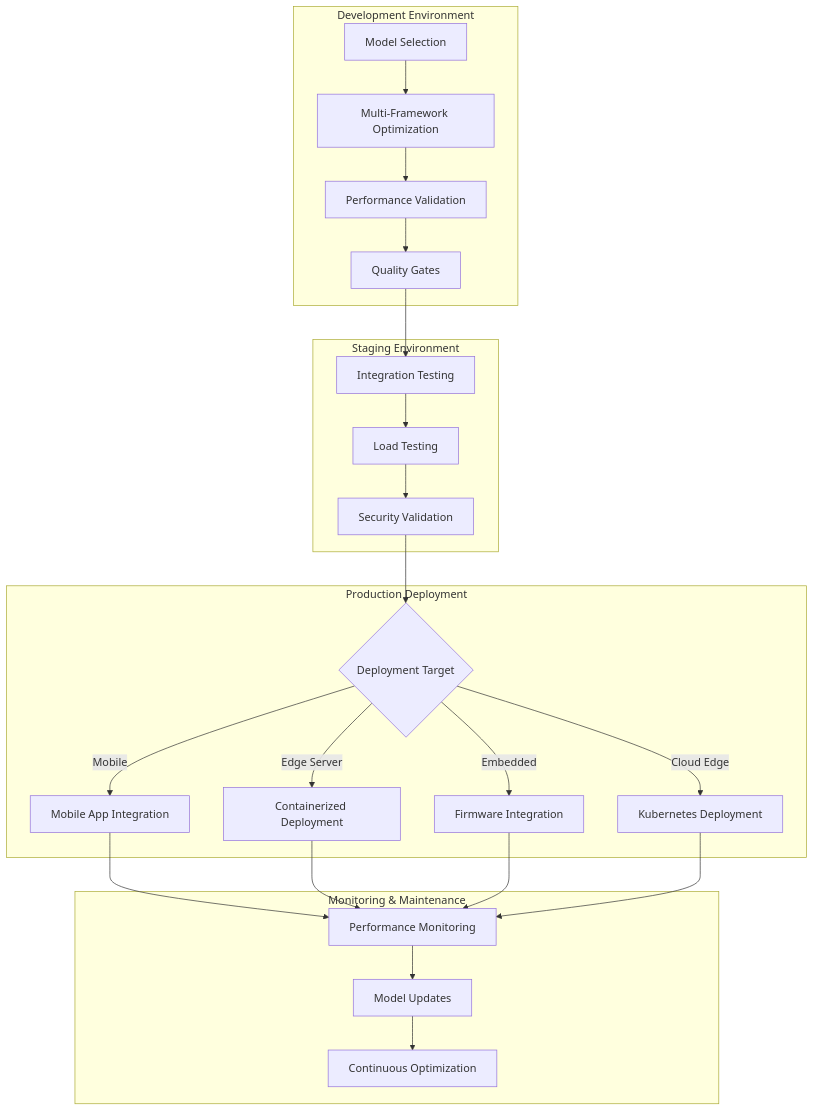
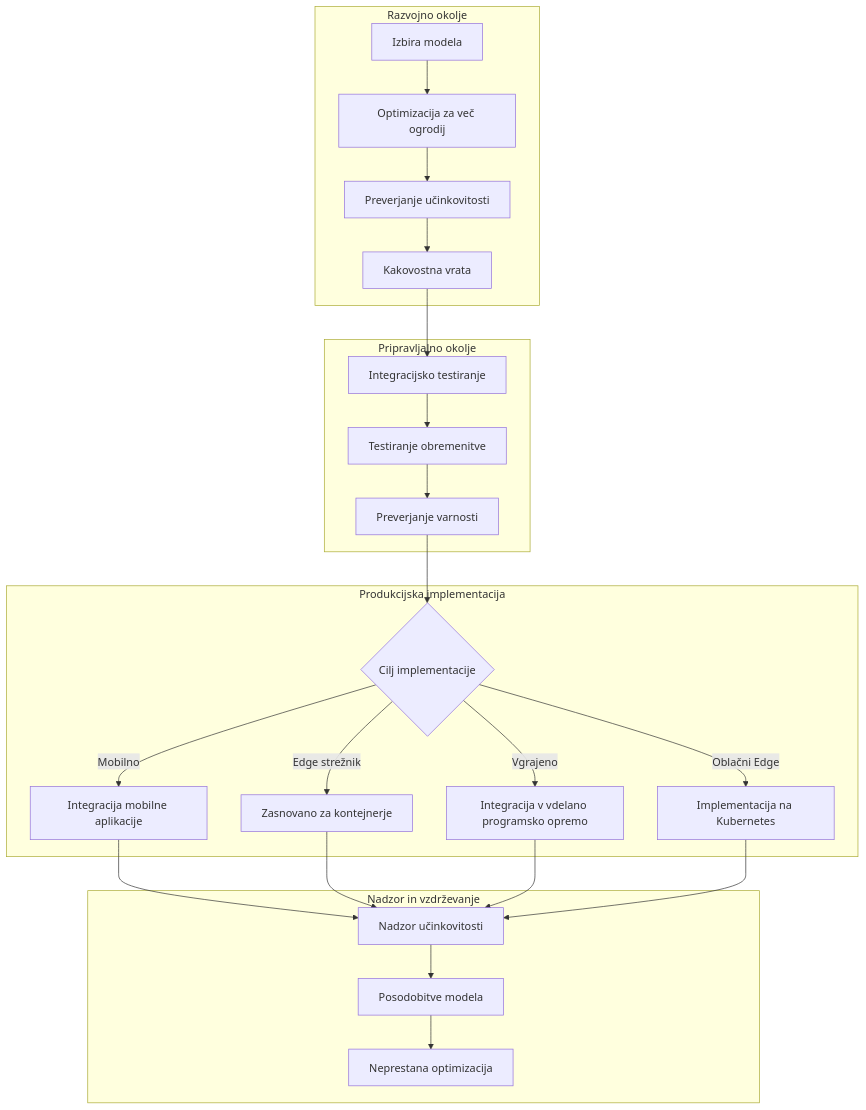
Before and after one commit to microsoft/edgeai-for-beginners: the third of 3 diagrams in translations/sl/Module04/06.workflow-synthesis.md, drawn with Mermaid. The commit also changed other lines of this file and 47 other files, not shown here.

````diff
--- a/translations/sl/Module04/06.workflow-synthesis.md
+++ b/translations/sl/Module04/06.workflow-synthesis.md
@@ -402,31 +402,31 @@
 ```mermaid
 graph TB
-    subgraph "Development Environment"
-        A[Model Selection] --> B[Multi-Framework Optimization]
-        B --> C[Performance Validation]
-        C --> D[Quality Gates]
+    subgraph "Razvojno okolje"
+        A[Izbira modela] --> B[Optimizacija za več ogrodij]
+        B --> C[Preverjanje učinkovitosti]
+        C --> D[Kakovostna vrata]
     end
     
-    subgraph "Staging Environment"
-        D --> E[Integration Testing]
-        E --> F[Load Testing]
-        F --> G[Security Validation]
+    subgraph "Pripravljalno okolje"
+        D --> E[Integracijsko testiranje]
+        E --> F[Testiranje obremenitve]
+        F --> G[Preverjanje varnosti]
     end
     
-    subgraph "Production Deployment"
-        G --> H{Deployment Target}
-        H -->|Mobile| I[Mobile App Integration]
-        H -->|Edge Server| J[Containerized Deployment]
-        H -->|Embedded| K[Firmware Integration]
-        H -->|Cloud Edge| L[Kubernetes Deployment]
+    subgraph "Produkcijska implementacija"
+        G --> H{Cilj implementacije}
+        H -->|Mobilno| I[Integracija mobilne aplikacije]
+        H -->|Edge strežnik| J[Zasnovano za kontejnerje]
+        H -->|Vgrajeno| K[Integracija v vdelano programsko opremo]
+        H -->|Oblačni Edge| L[Implementacija na Kubernetes]
     end
     
-    subgraph "Monitoring & Maintenance"
-        I --> M[Performance Monitoring]
+    subgraph "Nadzor in vzdrževanje"
+        I --> M[Nadzor učinkovitosti]
         J --> M
         K --> M
         L --> M
-        M --> N[Model Updates]
-        N --> O[Continuous Optimization]
+        M --> N[Posodobitve modela]
+        N --> O[Neprestana optimizacija]
     end
 ```
````
